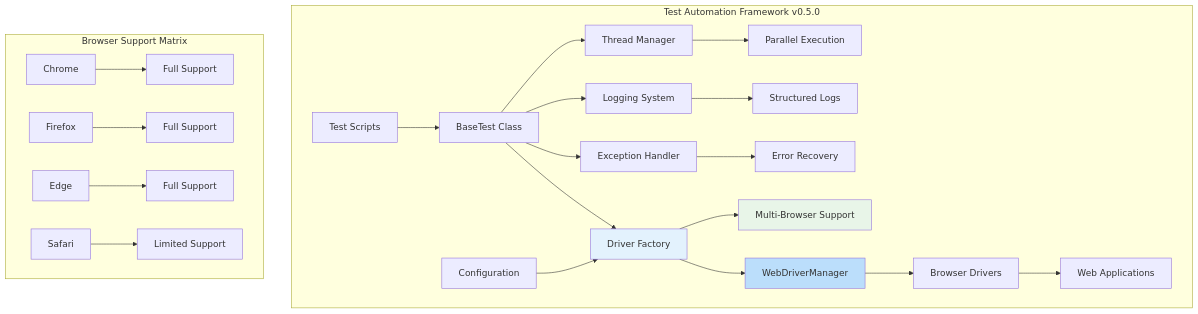
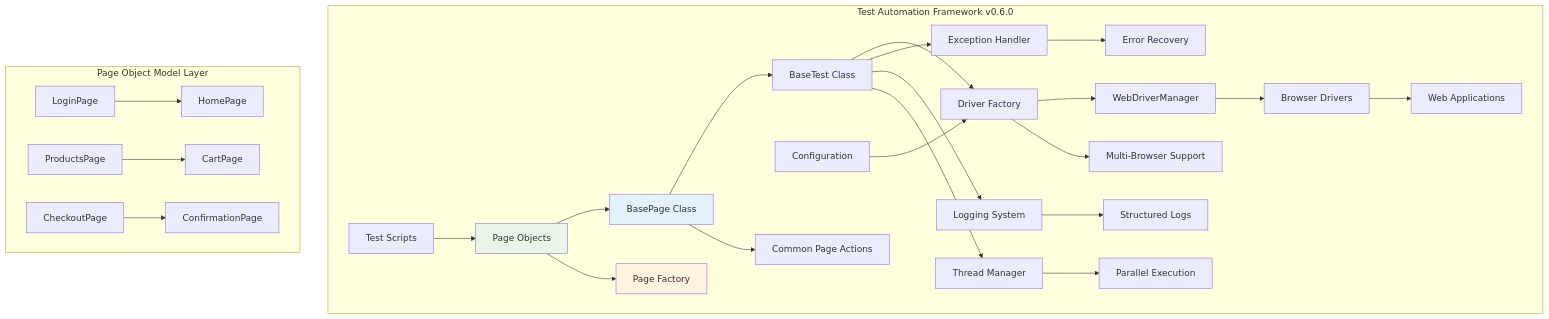
The second of 12 diagrams in README.md (Anuj-Patiyal/hybrid-framework), drawn with Mermaid before and after one commit. The commit also changed other lines of this file and 8 other files, not shown here.

First line of the commit message:
🎯 [RELEASE] 🚀 v0.6.0 - Page Object Model Release (#33)

````diff
--- a/README.md
+++ b/README.md
@@ -77,31 +80,34 @@
 ```mermaid
 graph TB
-    subgraph "Test Automation Framework v0.5.0"
-        A[Test Scripts] --> B[BaseTest Class]
-        B --> C[Driver Factory]
-        C --> D[WebDriverManager]
-        D --> E[Browser Drivers]
-        E --> F[Web Applications]
+    subgraph "Test Automation Framework v0.6.0"
+        A[Test Scripts] --> B[Page Objects]
+        B --> C[BasePage Class]
+        C --> D[BaseTest Class]
+        D --> E[Driver Factory]
+        E --> F[WebDriverManager]
+        F --> G[Browser Drivers]
+        G --> H[Web Applications]
         
-        G[Configuration] --> C
-        H[Exception Handler] --> I[Error Recovery]
-        J[Logging System] --> K[Structured Logs]
-        L[Thread Manager] --> M[Parallel Execution]
+        I[Configuration] --> E
+        J[Exception Handler] --> K[Error Recovery]
+        L[Logging System] --> M[Structured Logs]
+        N[Thread Manager] --> O[Parallel Execution]
         
-        B --> H
-        B --> J
-        B --> L
-        C --> N[Multi-Browser Support]
+        B --> P[Page Factory]
+        C --> Q[Common Page Actions]
+        D --> J
+        D --> L
+        D --> N
+        E --> R[Multi-Browser Support]
     end
     
-    subgraph "Browser Support Matrix"
-        O[Chrome] --> P[Full Support]
-        Q[Firefox] --> R[Full Support]
-        S[Edge] --> T[Full Support]
-        U[Safari] --> V[Limited Support]
+    subgraph "Page Object Model Layer"
+        S[LoginPage] --> T[HomePage]
+        U[ProductsPage] --> V[CartPage]
+        W[CheckoutPage] --> X[ConfirmationPage]
     end
     
+    style B fill:#e8f5e8
     style C fill:#e3f2fd
-    style D fill:#bbdefb
-    style N fill:#e8f5e8
+    style P fill:#fff3e0
 ```
````
